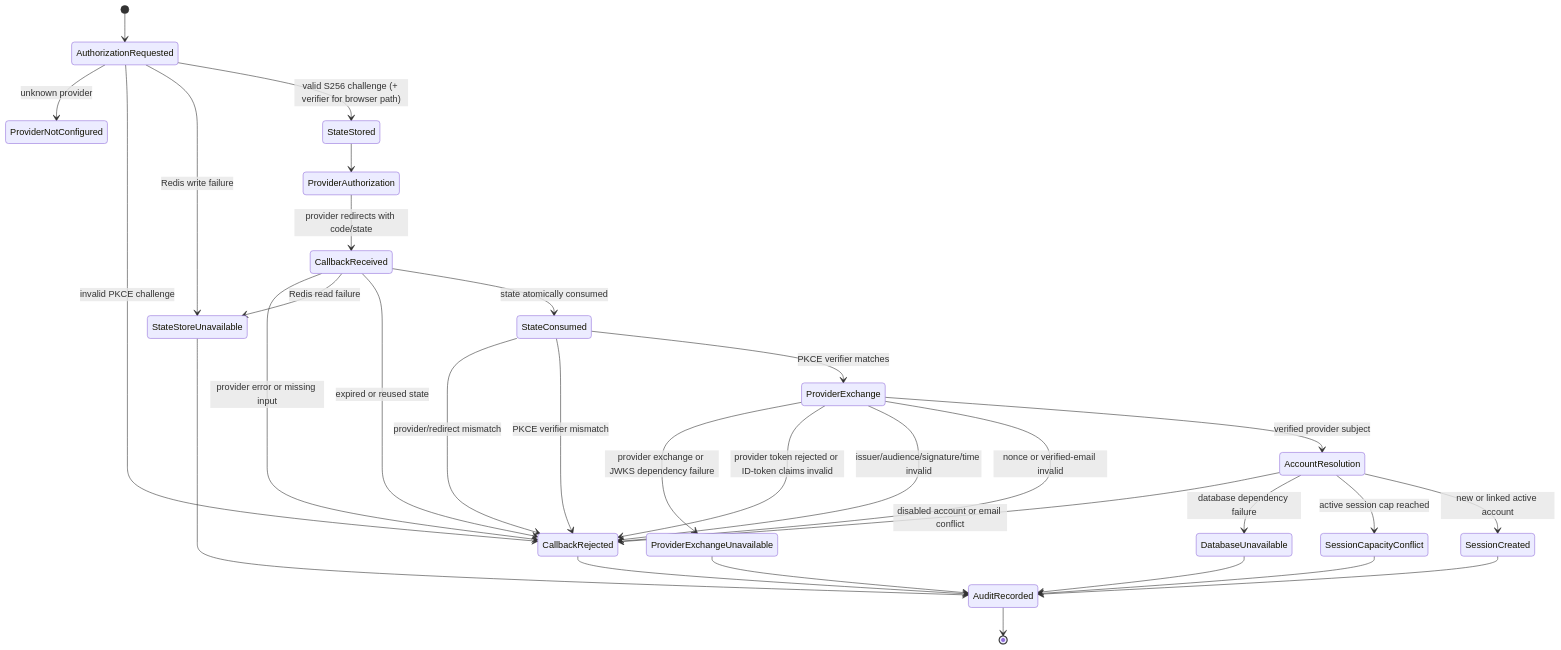
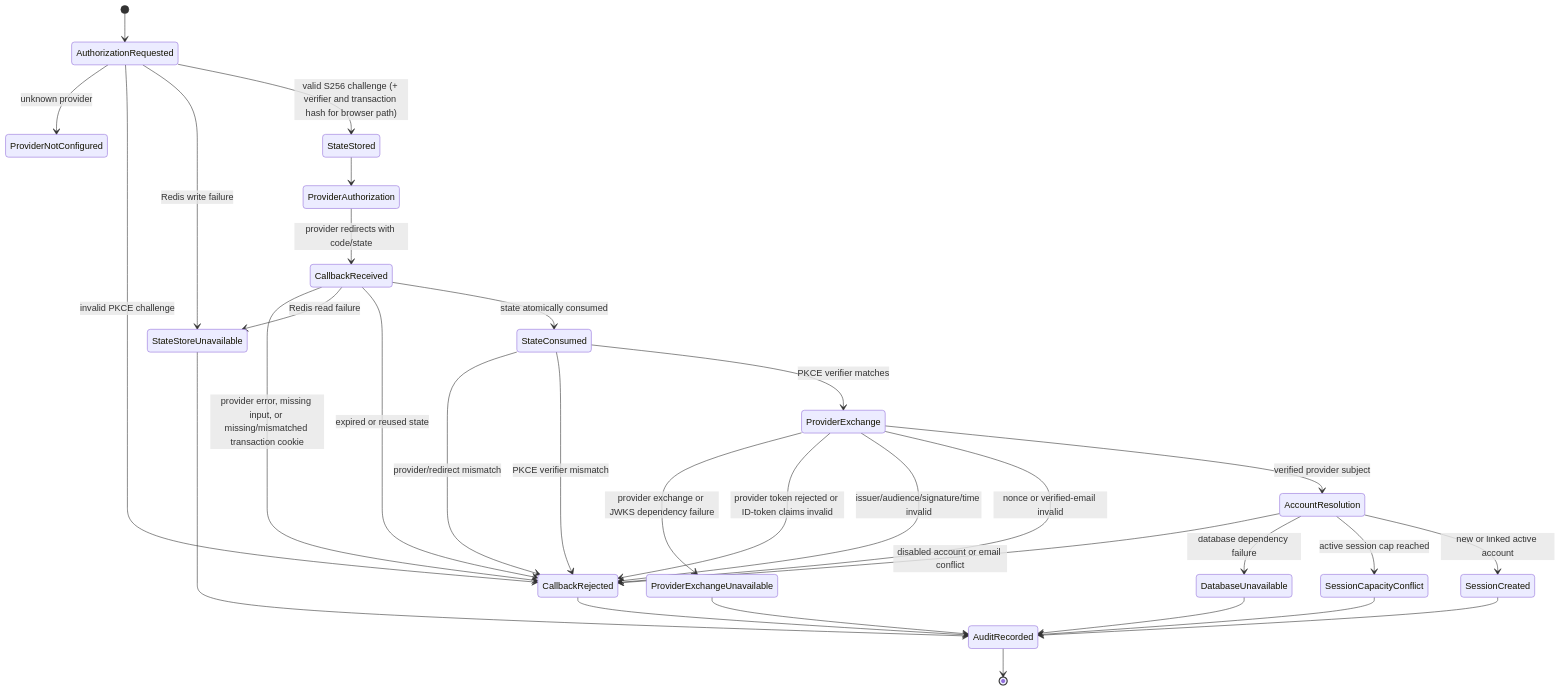
Before and after one commit to tdespenza/lifeos: the fourth of 4 diagrams in docs/diagrams/identity-oidc.md, drawn with Mermaid. The commit also changed other lines of this file and 11 other files, not shown here.

Commit message:
Harden browser OIDC callback binding

````diff
--- a/docs/diagrams/identity-oidc.md
+++ b/docs/diagrams/identity-oidc.md
@@ -168,33 +174,33 @@
 ```mermaid
 stateDiagram-v2
     [*] --> AuthorizationRequested
     AuthorizationRequested --> ProviderNotConfigured : unknown provider
     AuthorizationRequested --> CallbackRejected : invalid PKCE challenge
     AuthorizationRequested --> StateStoreUnavailable : Redis write failure
-    AuthorizationRequested --> StateStored : valid S256 challenge (+ verifier for browser path)
+    AuthorizationRequested --> StateStored : valid S256 challenge (+ verifier and transaction hash for browser path)
     StateStored --> ProviderAuthorization
     ProviderAuthorization --> CallbackReceived : provider redirects with code/state
-    CallbackReceived --> CallbackRejected : provider error or missing input
+    CallbackReceived --> CallbackRejected : provider error, missing input, or missing/mismatched transaction cookie
     CallbackReceived --> StateStoreUnavailable : Redis read failure
     CallbackReceived --> CallbackRejected : expired or reused state
     CallbackReceived --> StateConsumed : state atomically consumed
     StateConsumed --> CallbackRejected : provider/redirect mismatch
     StateConsumed --> CallbackRejected : PKCE verifier mismatch
     StateConsumed --> ProviderExchange : PKCE verifier matches
     ProviderExchange --> ProviderExchangeUnavailable : provider exchange or JWKS dependency failure
     ProviderExchange --> CallbackRejected : provider token rejected or ID-token claims invalid
     ProviderExchange --> CallbackRejected : issuer/audience/signature/time invalid
     ProviderExchange --> CallbackRejected : nonce or verified-email invalid
     ProviderExchange --> AccountResolution : verified provider subject
     AccountResolution --> CallbackRejected : disabled account or email conflict
     AccountResolution --> DatabaseUnavailable : database dependency failure
     AccountResolution --> SessionCapacityConflict : active session cap reached
     AccountResolution --> SessionCreated : new or linked active account
     SessionCreated --> AuditRecorded
     CallbackRejected --> AuditRecorded
     SessionCapacityConflict --> AuditRecorded
     StateStoreUnavailable --> AuditRecorded
     ProviderExchangeUnavailable --> AuditRecorded
     DatabaseUnavailable --> AuditRecorded
     AuditRecorded --> [*]
 ```
````
